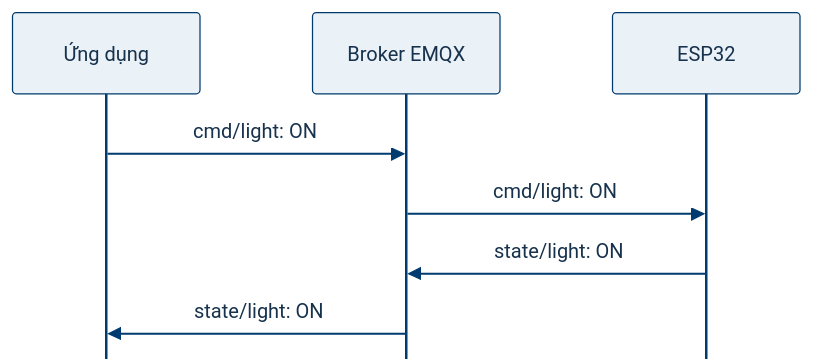
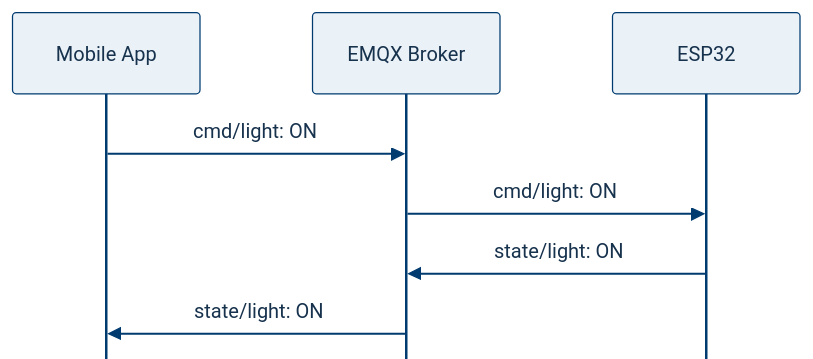
The diagram in report/mqtt-flow.mmd (itstheblank/esp32_smart_home), drawn with Mermaid before and after one commit. The commit also changed 4 other files, not shown here.

Commit message:
Update English report and diagrams

```diff
--- a/report/mqtt-flow.mmd
+++ b/report/mqtt-flow.mmd
@@ -1,11 +1,11 @@
-%% Nguồn Mermaid cho ví dụ bật đèn qua MQTT.
-%% Phản hồi trạng thái là luồng tích hợp mục tiêu, cần xác minh trên thiết bị.
+%% Mermaid source for switching on a light through MQTT.
+%% State feedback is the target integration flow and needs hardware verification.
 %%{init: {'theme': 'base', 'themeVariables': {'fontFamily': 'Arial', 'fontSize': '22px', 'actorBkg': '#eaf1f7', 'actorBorder': '#003b70', 'actorTextColor': '#17324d', 'actorLineColor': '#003b70', 'signalColor': '#003b70', 'signalTextColor': '#17324d', 'labelBoxBkgColor': '#ffffff', 'labelTextColor': '#17324d', 'sequenceNumberColor': '#17324d'}, 'sequence': {'actorMargin': 90, 'messageMargin': 34, 'mirrorActors': false}}}%%
 sequenceDiagram
-    participant A as Ứng dụng
-    participant B as Broker EMQX
+    participant A as Mobile App
+    participant B as EMQX Broker
     participant E as ESP32
     A->>B: cmd/light: ON
     B->>E: cmd/light: ON
     E->>B: state/light: ON
     B->>A: state/light: ON
```
